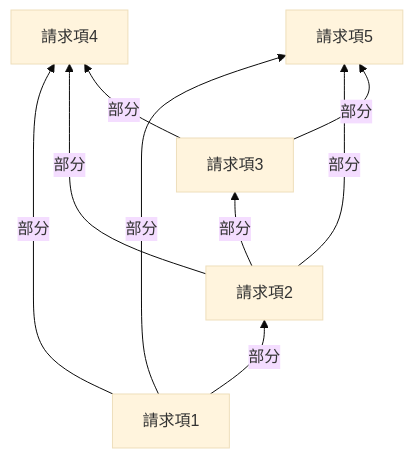
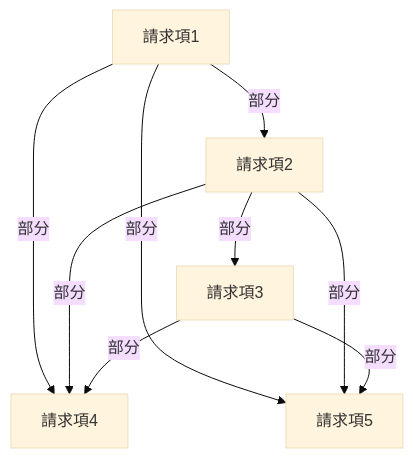
The diagram in 2024_rel/JP2024029313A/README.md (shinmori55/patent_analyzed), drawn with Mermaid (base theme) before and after one commit.

Commit message:
Changed BT to TB

````diff
--- a/2024_rel/JP2024029313A/README.md
+++ b/2024_rel/JP2024029313A/README.md
@@ -3,16 +3,16 @@
 ```mermaid
-flowchart BT
+flowchart TB
 A[請求項1]
 B[請求項2]
 C[請求項3]
 D[請求項4]
 E[請求項5]
 A --部分--> B
 B --部分--> C
 A --部分--> D
 B --部分--> D
 C --部分--> D
 A --部分--> E
 B --部分--> E
 C --部分--> E
 ```
````
